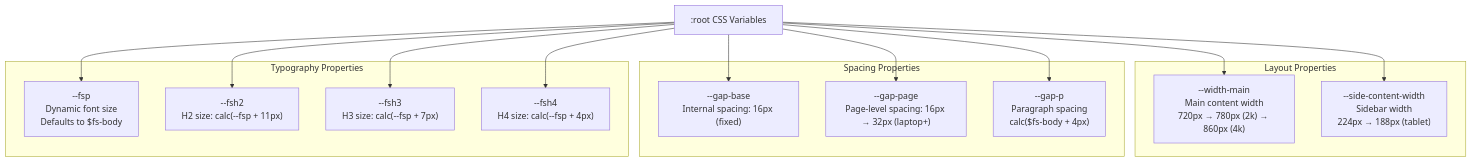
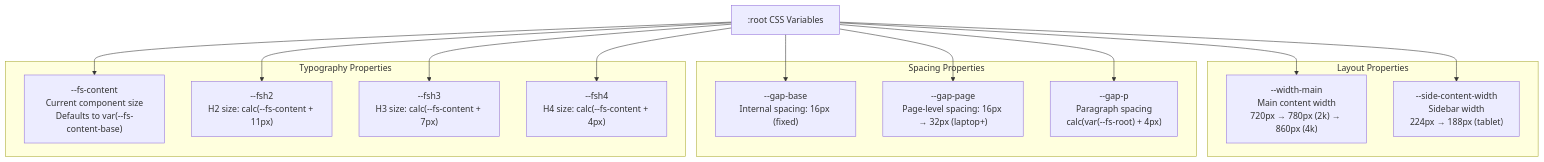
Before and after one commit to xaoxuu/hexo-theme-stellar: the fourth of 10 diagrams in docs/knowledge/01-样式系统/styling-overview.md, drawn with Mermaid. The commit also changed other lines of this file and 41 other files, not shown here.

````diff
--- a/docs/knowledge/01-样式系统/styling-overview.md
+++ b/docs/knowledge/01-样式系统/styling-overview.md
@@ -252,32 +252,32 @@
 ```mermaid
 graph TB
     ROOT[":root CSS Variables"]
     
     subgraph "Layout Properties"
         MAIN["--width-main<br/>Main content width<br/>720px → 780px (2k) → 860px (4k)"]
         SIDE["--side-content-width<br/>Sidebar width<br/>224px → 188px (tablet)"]
     end
     
     subgraph "Spacing Properties"
         BASE["--gap-base<br/>Internal spacing: 16px (fixed)"]
         PAGE["--gap-page<br/>Page-level spacing: 16px → 32px (laptop+)"]
-        PGAP["--gap-p<br/>Paragraph spacing<br/>calc($fs-body + 4px)"]
+        PGAP["--gap-p<br/>Paragraph spacing<br/>calc(var(--fs-root) + 4px)"]
     end
     
     subgraph "Typography Properties"
-        FSP["--fsp<br/>Dynamic font size<br/>Defaults to $fs-body"]
-        FSH2["--fsh2<br/>H2 size: calc(--fsp + 11px)"]
-        FSH3["--fsh3<br/>H3 size: calc(--fsp + 7px)"]
-        FSH4["--fsh4<br/>H4 size: calc(--fsp + 4px)"]
+        FSP["--fs-content<br/>Current component size<br/>Defaults to var(--fs-content-base)"]
+        FSH2["--fsh2<br/>H2 size: calc(--fs-content + 11px)"]
+        FSH3["--fsh3<br/>H3 size: calc(--fs-content + 7px)"]
+        FSH4["--fsh4<br/>H4 size: calc(--fs-content + 4px)"]
     end
     
     ROOT --> MAIN
     ROOT --> SIDE
     ROOT --> BASE
     ROOT --> PAGE
     ROOT --> PGAP
     ROOT --> FSP
     ROOT --> FSH2
     ROOT --> FSH3
     ROOT --> FSH4
 ```
````
